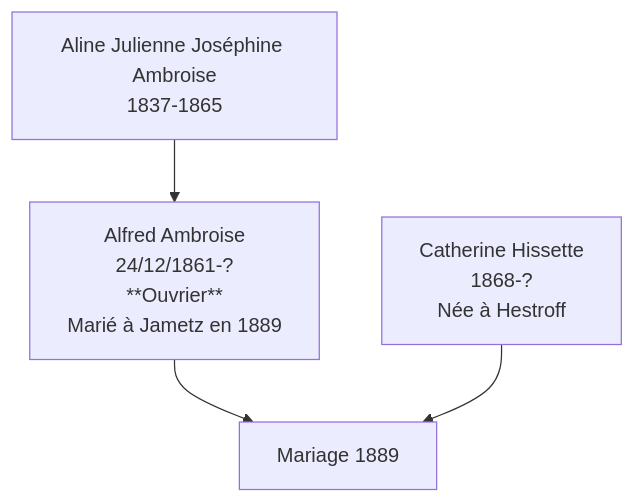
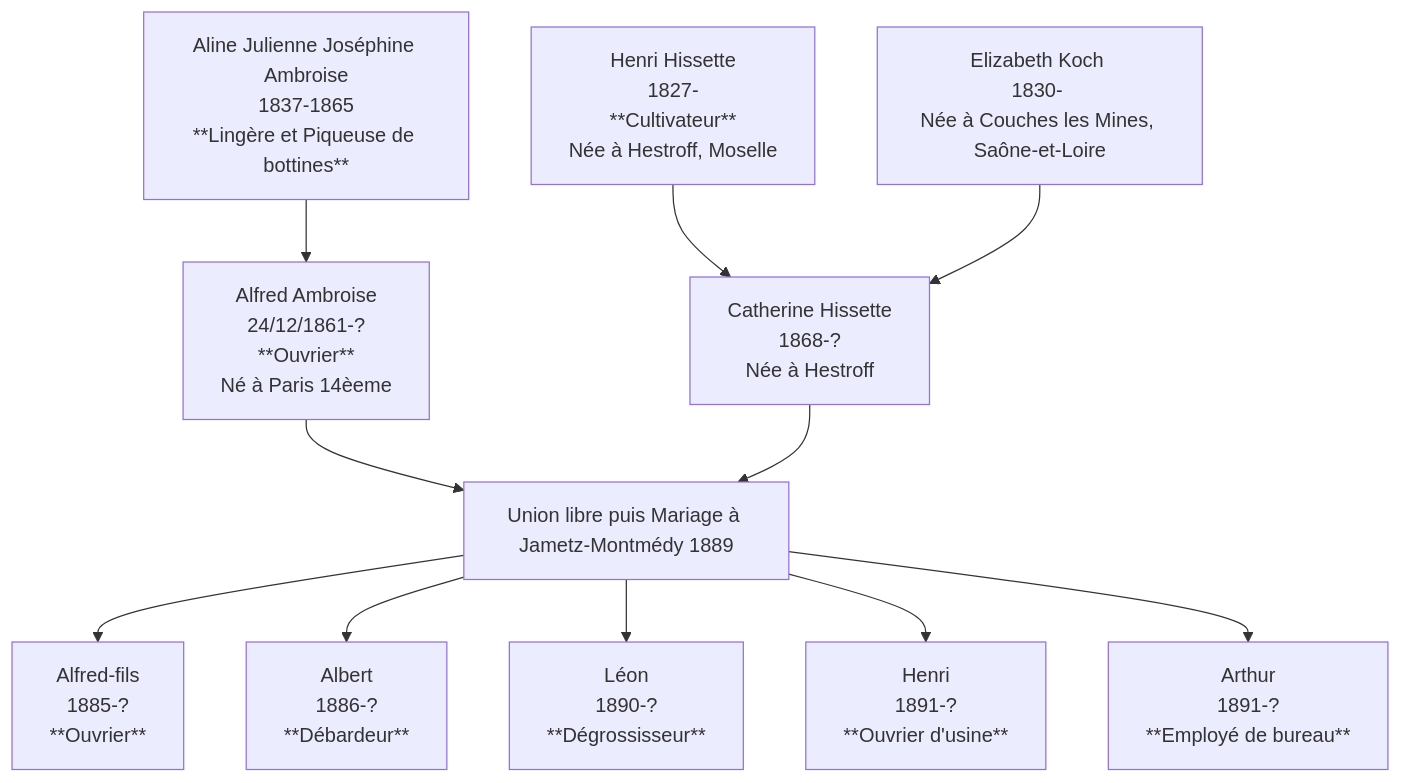
One commit to cambroise/origines changed the diagram in Ambroise-Hissette.qmd. Above: the diagram before and after it, drawn with Mermaid. The commit also changed other lines of this file and 42 other files, not shown here.

````diff
--- a/Ambroise-Hissette.qmd
+++ b/Ambroise-Hissette.qmd
@@ -7,16 +7,25 @@
 ```{mermaid}
 %%| label: fig-arbre-jametz
 %%| fig-width: 6
 %%| fig-cap: "Branche d'Alfred Ambroise (1861–) et Catherine Hissette à Jametz"
 graph TD
-  A1[Aline Julienne Joséphine Ambroise<br>1837‑1865]
-  A2[Alfred Ambroise<br>24/12/1861‑?<br>**Ouvrier**<br> Marié à Jametz en 1889]
-  H1[Catherine Hissette<br>1868‑?<br>Née à Hestroff]
+  A1[Aline Julienne Joséphine Ambroise<br>1837‑1865<br>**Lingère et Piqueuse de bottines**]
+  A2[Alfred Ambroise<br>24/12/1861‑?<br>**Ouvrier**<br>Né à Paris 14èeme]
+  H1[Henri  Hissette<br> 1827- <br>**Cultivateur**<br>Née à Hestroff, Moselle]
+  H2[Elizabeth Koch <br>1830- <br>Née à Couches les Mines, Saône-et-Loire]
+  H3[Catherine Hissette<br>1868‑?<br>Née à Hestroff]
 
   %% Alfred enfant naturel d'Aline
+  H1 --> H3
+  H2 --> H3
   A1 --> A2
 
   %% Union entre Alfred et Catherine
-  A2 --> M1[Mariage 1889]
-  H1 --> M1
+  A2 --> M1[Union libre puis Mariage à Jametz-Montmédy 1889]
+  H3 --> M1
+  M1 --> E1[Alfred-fils<br>1885‑?<br>**Ouvrier**]
+  M1 --> E2[Albert<br>1886‑?<br>**Débardeur**]
+  M1 --> E3[Léon<br>1890‑?<br>**Dégrossisseur**]
+  M1 --> E4[Henri<br>1891‑?<br>**Ouvrier d'usine**]
+  M1 --> E5[Arthur<br>1891‑?<br>**Employé de bureau**]
 ```
````
